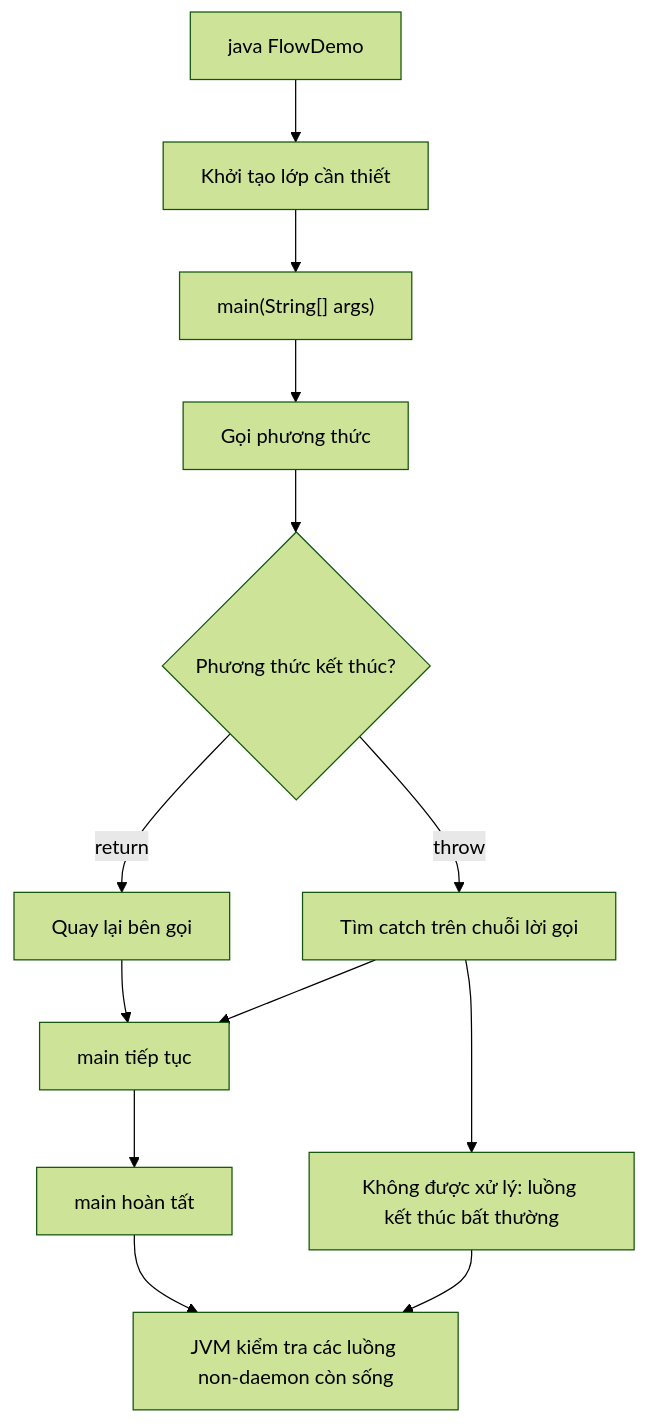
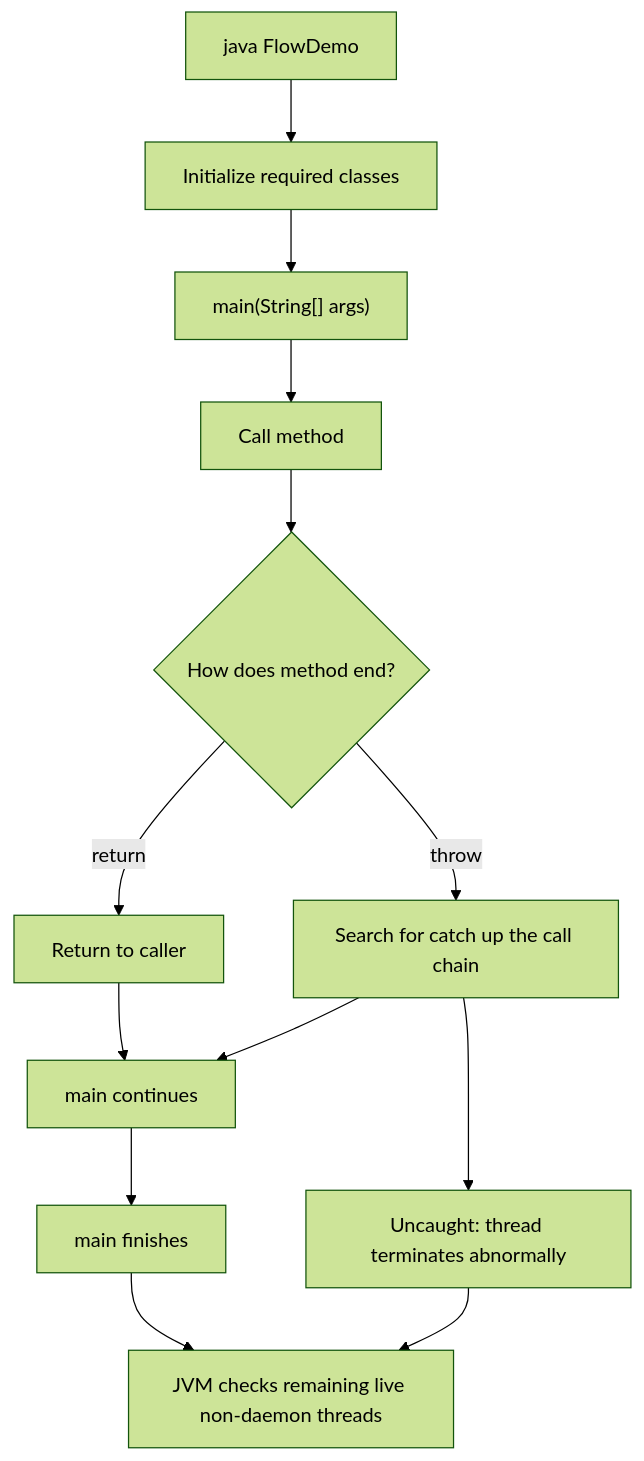
The diagram in module/platform/development/programming/language/java/core/language-basics/content/knowledge/en/3.program-structure/program-structure-007.md (phuongnguyenit93/learning-platform-data), drawn with Mermaid (forest theme) before and after one commit. The commit also changed other lines of this file and 2307 other files, not shown here.

```diff
--- a/module/platform/development/programming/language/java/core/language-basics/content/knowledge/en/3.program-structure/program-structure-007.md
+++ b/module/platform/development/programming/language/java/core/language-basics/content/knowledge/en/3.program-structure/program-structure-007.md
@@ -17,15 +17,15 @@
 ~~~mermaid
 flowchart TD
-    A["java FlowDemo"] --> B["Khởi tạo lớp cần thiết"]
+    A["java FlowDemo"] --> B["Initialize required classes"]
     B --> C["main(String[] args)"]
-    C --> D["Gọi phương thức"]
-    D --> E{"Phương thức kết thúc?"}
-    E -->|"return"| F["Quay lại bên gọi"]
-    E -->|"throw"| G["Tìm catch trên chuỗi lời gọi"]
-    F --> H["main tiếp tục"]
+    C --> D["Call method"]
+    D --> E{"How does method end?"}
+    E -->|"return"| F["Return to caller"]
+    E -->|"throw"| G["Search for catch up the call chain"]
+    F --> H["main continues"]
     G --> H
-    G --> I["Không được xử lý: luồng kết thúc bất thường"]
-    H --> J["main hoàn tất"]
-    J --> K["JVM kiểm tra các luồng non-daemon còn sống"]
+    G --> I["Uncaught: thread terminates abnormally"]
+    H --> J["main finishes"]
+    J --> K["JVM checks remaining live non-daemon threads"]
     I --> K
 ~~~
```
